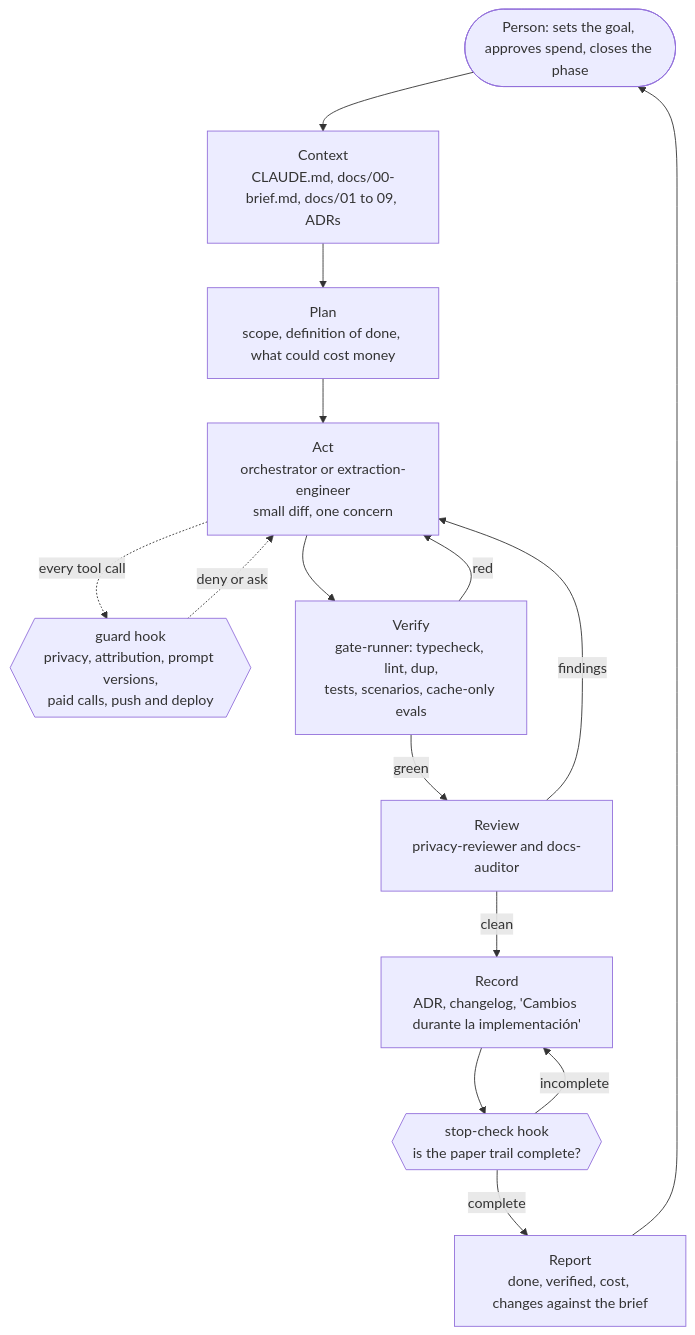
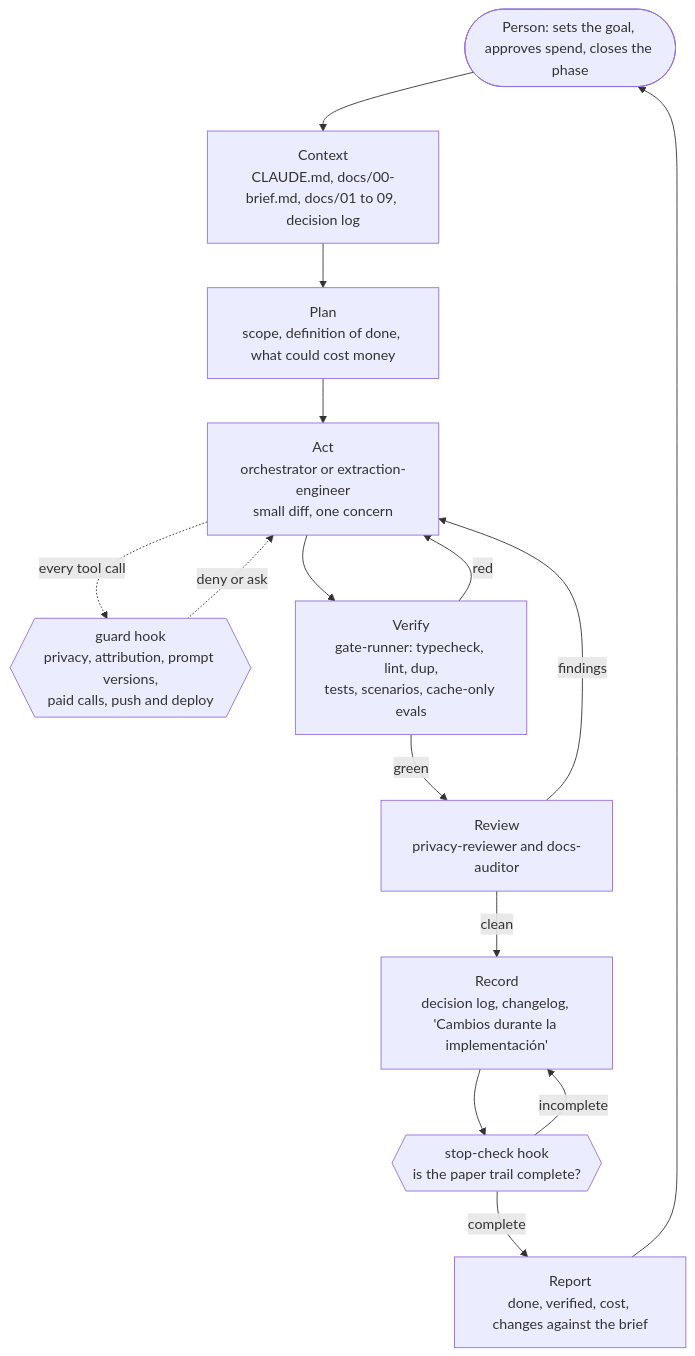
The diagram in docs/harness.md (moydany/gow-credit), drawn with Mermaid before and after one commit. The commit also changed other lines of this file and 6 other files, not shown here.

Commit message:
chore(harness): record decisions in the decision log

````diff
--- a/docs/harness.md
+++ b/docs/harness.md
@@ -30,24 +30,24 @@
 ```mermaid
 flowchart TD
     H([Person: sets the goal, approves spend, closes the phase])
-    C[Context<br/>CLAUDE.md, docs/00-brief.md, docs/01 to 09, ADRs]
+    C[Context<br/>CLAUDE.md, docs/00-brief.md, docs/01 to 09, decision log]
     P[Plan<br/>scope, definition of done, what could cost money]
     A[Act<br/>orchestrator or extraction-engineer<br/>small diff, one concern]
     G{{guard hook<br/>privacy, attribution, prompt versions,<br/>paid calls, push and deploy}}
     V[Verify<br/>gate-runner: typecheck, lint, dup,<br/>tests, scenarios, cache-only evals]
     R[Review<br/>privacy-reviewer and docs-auditor]
-    T[Record<br/>ADR, changelog, 'Cambios durante la implementación']
+    T[Record<br/>decision log, changelog, 'Cambios durante la implementación']
     S{{stop-check hook<br/>is the paper trail complete?}}
     O[Report<br/>done, verified, cost, changes against the brief]
 
     H --> C --> P --> A
     A -. every tool call .-> G
     G -. deny or ask .-> A
     A --> V
     V -- red --> A
     V -- green --> R
     R -- findings --> A
     R -- clean --> T --> S
     S -- incomplete --> T
     S -- complete --> O --> H
 ```
````
